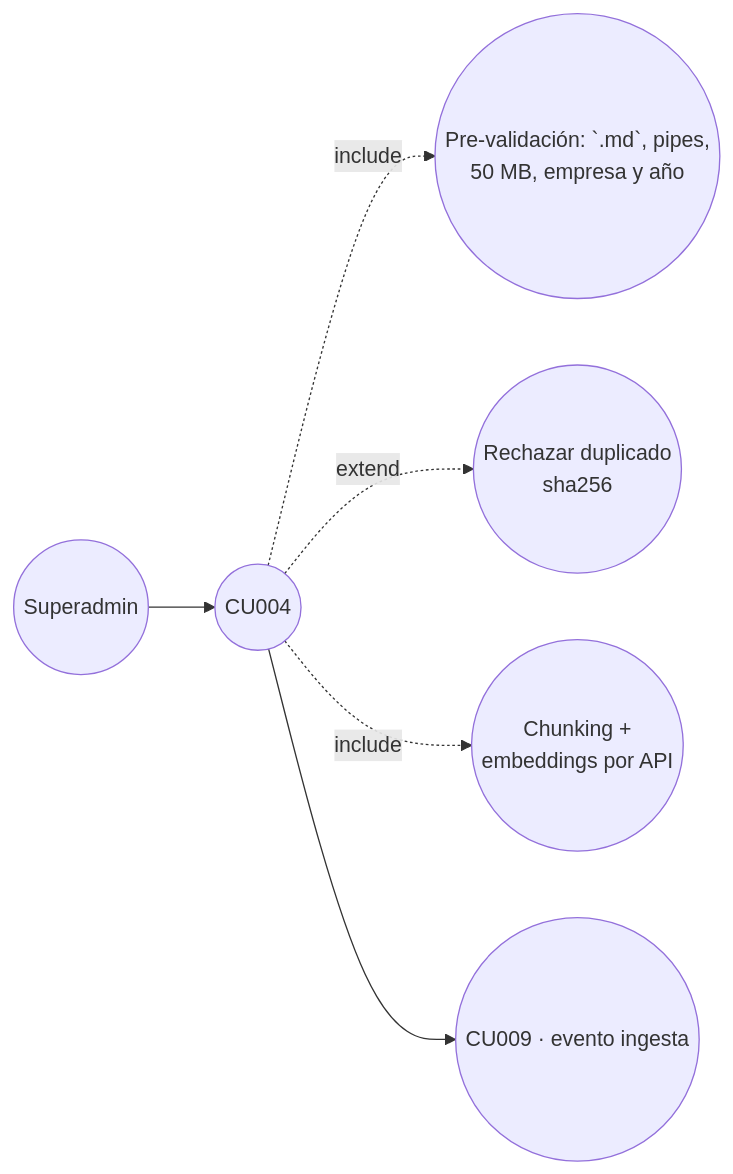
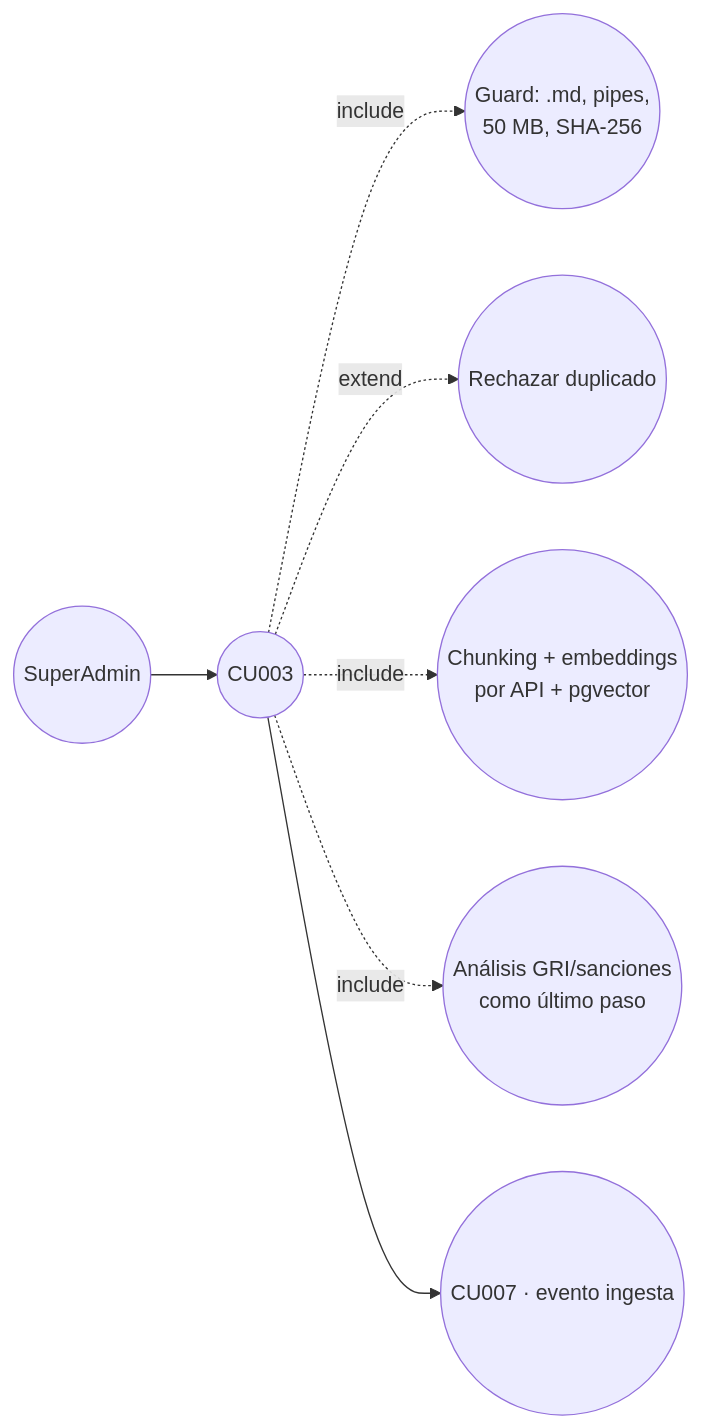
The fourth of 8 diagrams in FASE 1/01-Analisis-y-Diseno/07-Casos-de-Uso-Diagrama.md (lFunkwnon01/igualab_md), drawn with Mermaid before and after one commit. The commit also changed other lines of this file and 124 other files, not shown here.

````diff
--- a/FASE 1/01-Analisis-y-Diseno/07-Casos-de-Uso-Diagrama.md
+++ b/FASE 1/01-Analisis-y-Diseno/07-Casos-de-Uso-Diagrama.md
@@ -97,8 +81,9 @@
 ```mermaid
 flowchart LR
-  SA(("Superadmin")) --> CU004((CU004))
-  CU004 -.->|include| GUARD((Pre-validación: `.md`, pipes,<br/>50 MB, empresa y año))
-  CU004 -.->|extend| DUP((Rechazar duplicado<br/>sha256))
-  CU004 -.->|include| IDX((Chunking +<br/>embeddings por API))
-  CU004 --> AUD((CU009 · evento ingesta))
+  SA(("SuperAdmin")) --> CU003((CU003))
+  CU003 -.->|include| GUARD((Guard: .md, pipes,<br/>50 MB, SHA-256))
+  CU003 -.->|extend| DUP((Rechazar duplicado))
+  CU003 -.->|include| IDX((Chunking + embeddings<br/>por API + pgvector))
+  CU003 -.->|include| ANA((Análisis GRI/sanciones<br/>como último paso))
+  CU003 --> AUD((CU007 · evento ingesta))
 ```
````
